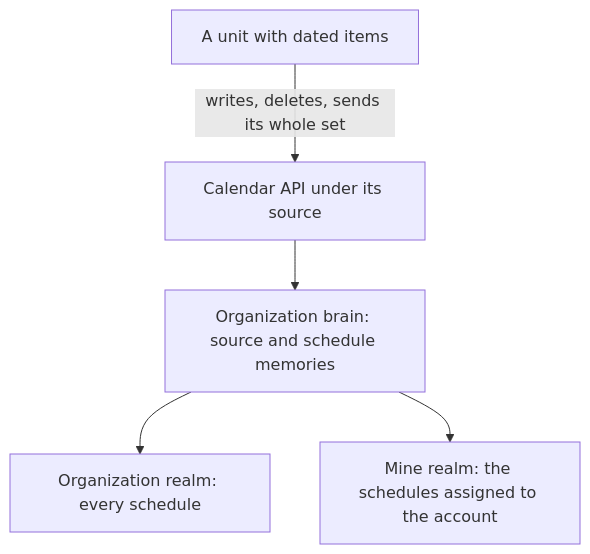
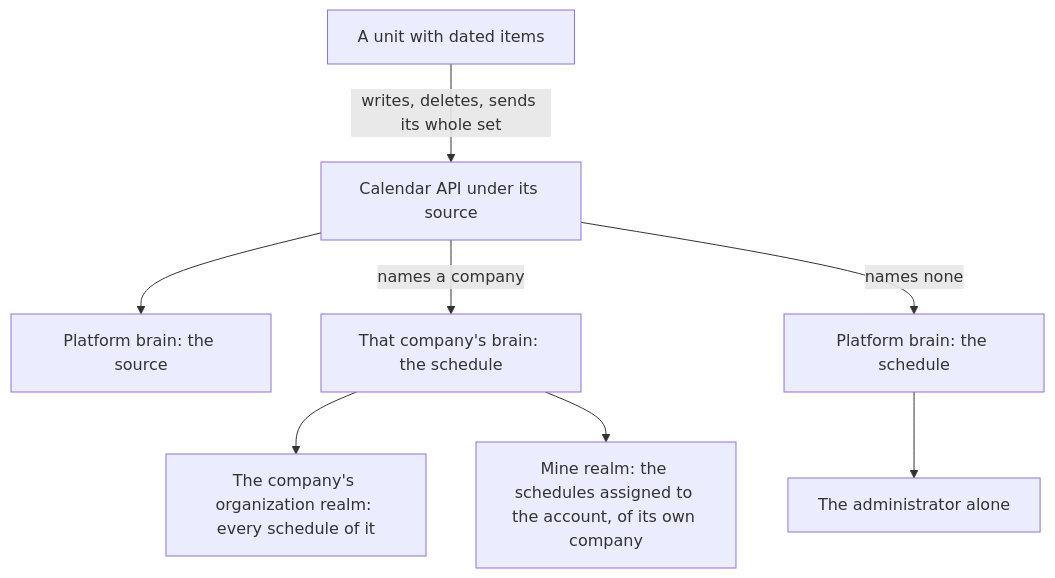
Before and after one commit to ahas/bmo-calendar: the second of 2 diagrams in docs/design.md, drawn with Mermaid. The commit also changed other lines of this file and 90 other files, not shown here.

````diff
--- a/docs/design.md
+++ b/docs/design.md
@@ -63,7 +123,10 @@
 ```mermaid
 flowchart TD
   U[A unit with dated items] -->|writes, deletes, sends its whole set| A[Calendar API under its source]
-  A --> B[Organization brain: source and schedule memories]
-  B --> O[Organization realm: every schedule]
-  B --> M[Mine realm: the schedules assigned to the account]
+  A --> P[Platform brain: the source]
+  A -->|names a company| B[That company's brain: the schedule]
+  A -->|names none| N[Platform brain: the schedule]
+  B --> O[The company's organization realm: every schedule of it]
+  B --> M[Mine realm: the schedules assigned to the account, of its own company]
+  N --> X[The administrator alone]
 ```
````
